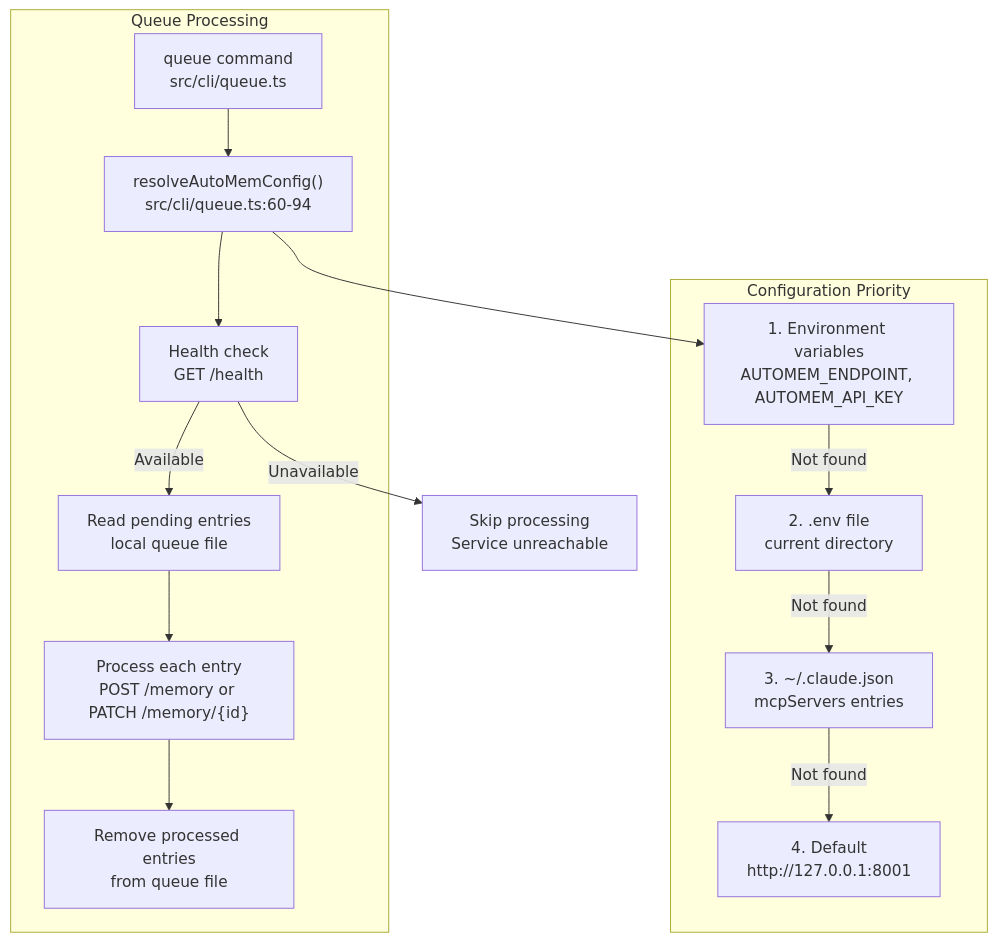
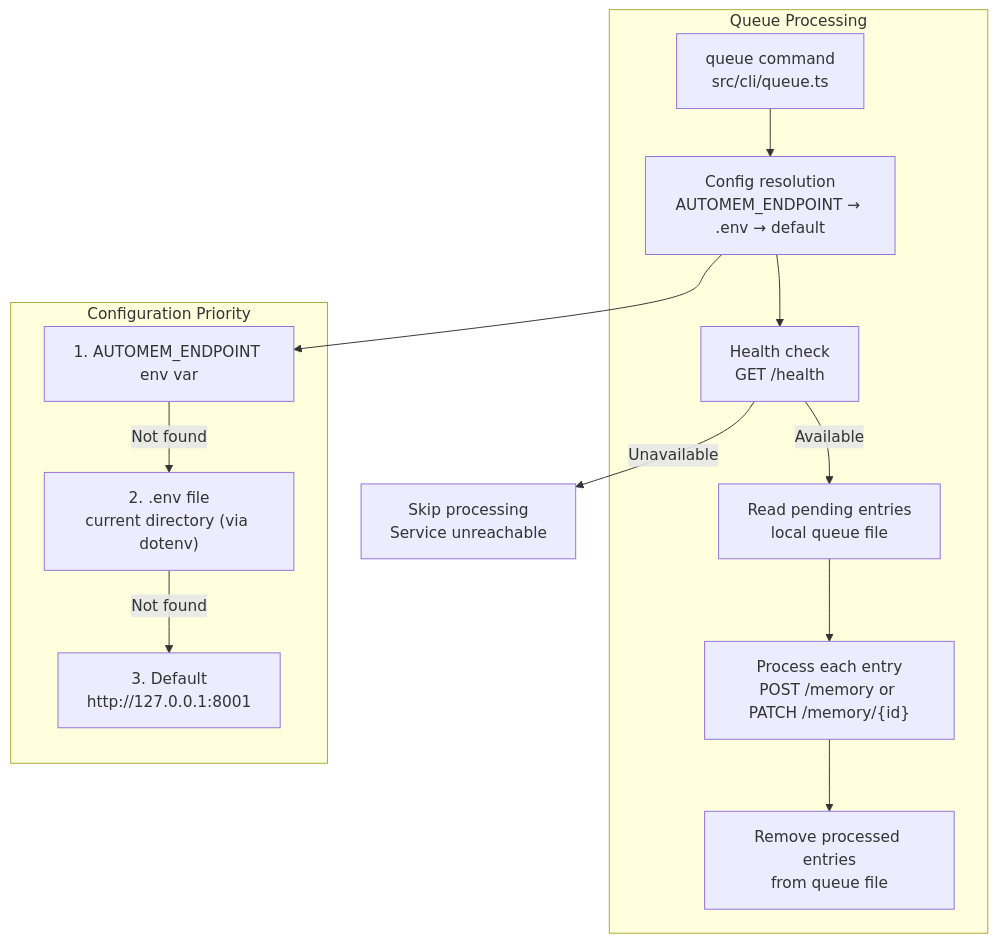
Before and after one commit to verygoodplugins/automem-website: the fourth of 4 diagrams in src/content/docs/docs/cli/queue.md, drawn with Mermaid. The commit also changed other lines of this file and 6 other files, not shown here.

````diff
--- a/src/content/docs/docs/cli/queue.md
+++ b/src/content/docs/docs/cli/queue.md
@@ -321,30 +321,28 @@
 ```mermaid
 graph TB
     subgraph "Queue Processing"
         QueueCmd["queue command<br/>src/cli/queue.ts"]
-        ConfigResolve["resolveAutoMemConfig()<br/>src/cli/queue.ts:60-94"]
+        ConfigResolve["Config resolution<br/>AUTOMEM_ENDPOINT → .env → default"]
         HealthCheck["Health check<br/>GET /health"]
         QueueEntries["Read pending entries<br/>local queue file"]
         ProcessEntry["Process each entry<br/>POST /memory or PATCH /memory/{id}"]
         Cleanup["Remove processed entries<br/>from queue file"]
     end
 
     subgraph "Configuration Priority"
-        EnvVars["1. Environment variables<br/>AUTOMEM_ENDPOINT, AUTOMEM_API_KEY"]
-        EnvFile["2. .env file<br/>current directory"]
-        ClaudeJSON["3. ~/.claude.json<br/>mcpServers entries"]
-        Default["4. Default<br/>http://127.0.0.1:8001"]
+        EnvVars["1. AUTOMEM_ENDPOINT env var"]
+        EnvFile["2. .env file<br/>current directory (via dotenv)"]
+        Default["3. Default<br/>http://127.0.0.1:8001"]
     end
 
     QueueCmd --> ConfigResolve
     ConfigResolve --> EnvVars
     EnvVars -->|Not found| EnvFile
-    EnvFile -->|Not found| ClaudeJSON
-    ClaudeJSON -->|Not found| Default
+    EnvFile -->|Not found| Default
 
     ConfigResolve --> HealthCheck
     HealthCheck -->|Available| QueueEntries
     HealthCheck -->|Unavailable| Skip["Skip processing<br/>Service unreachable"]
     QueueEntries --> ProcessEntry
     ProcessEntry --> Cleanup
 ```
````
